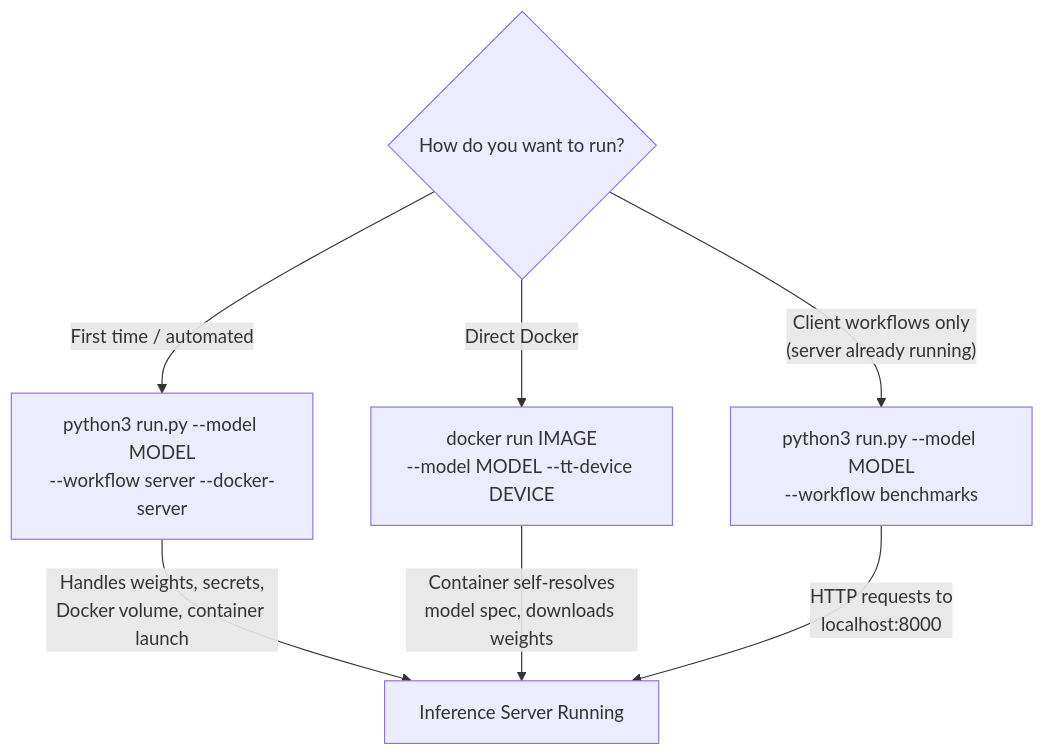
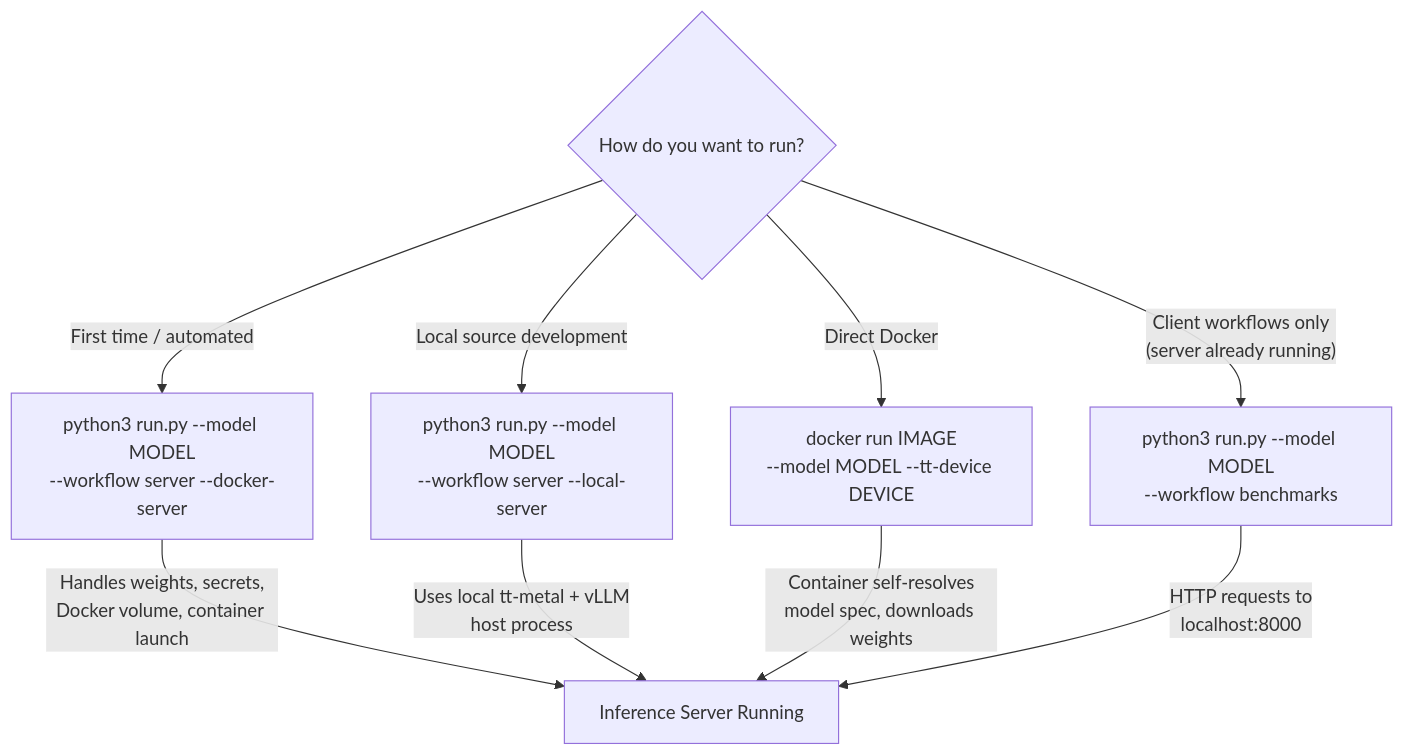
One commit to tenstorrent/tt-inference-server changed the diagram in docs/workflows_user_guide.md. Above: the diagram before and after it, drawn with Mermaid. The commit also changed other lines of this file and 6 other files, not shown here.

````diff
--- a/docs/workflows_user_guide.md
+++ b/docs/workflows_user_guide.md
@@ -10,12 +11,14 @@
 ```mermaid
 flowchart TD
   start{How do you want to run?}
 
   start -->|"First time / automated"| runpyDocker["python3 run.py --model MODEL<br/>--workflow server --docker-server"]
+  start -->|"Local source development"| runpyLocal["python3 run.py --model MODEL<br/>--workflow server --local-server"]
   start -->|"Direct Docker"| directDocker["docker run IMAGE<br/>--model MODEL --tt-device DEVICE"]
   start -->|"Client workflows only<br/>(server already running)"| clientOnly["python3 run.py --model MODEL<br/>--workflow benchmarks"]
 
   runpyDocker -->|"Handles weights, secrets,<br/>Docker volume, container launch"| server["Inference Server Running"]
+  runpyLocal -->|"Uses local tt-metal + vLLM<br/>host process"| server
   directDocker -->|"Container self-resolves<br/>model spec, downloads weights"| server
   clientOnly -->|"HTTP requests to<br/>localhost:8000"| server
 ```
````
